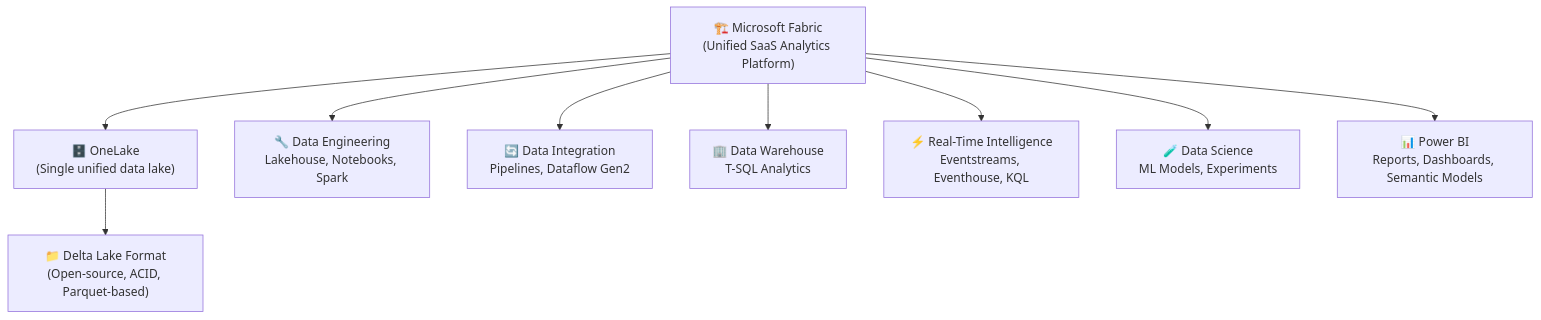
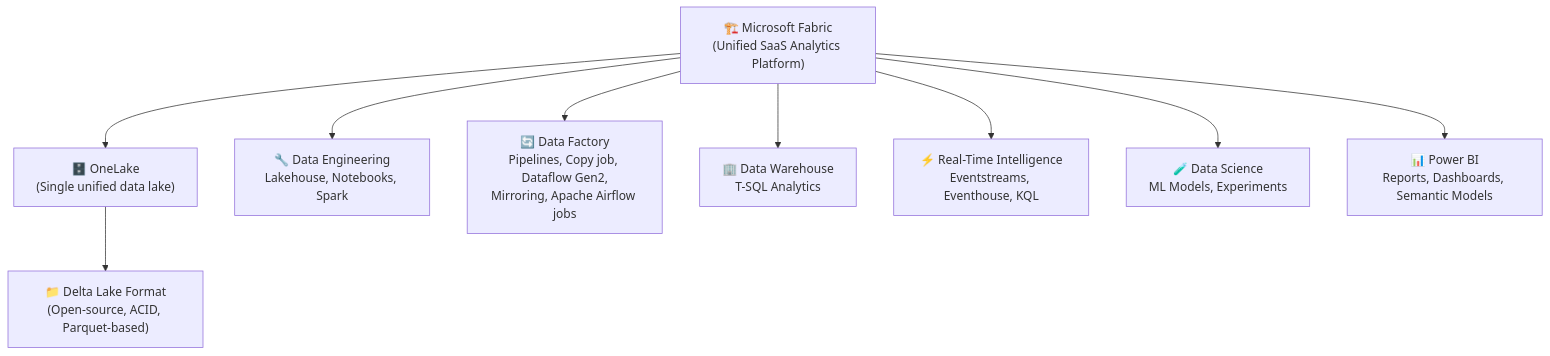
Before and after one commit to marcogrimaldi29/dp-700-study-notes: the first of 6 diagrams in 00-fabric-prerequisites.md, drawn with Mermaid. The commit also changed other lines of this file and 7 other files, not shown here.

````diff
--- a/00-fabric-prerequisites.md
+++ b/00-fabric-prerequisites.md
@@ -23,11 +23,11 @@
 ```mermaid
 graph TD
     FABRIC["🏗️ Microsoft Fabric\n(Unified SaaS Analytics Platform)"] --> ONELAKE["🗄️ OneLake\n(Single unified data lake)"]
     FABRIC --> DE["🔧 Data Engineering\nLakehouse, Notebooks, Spark"]
-    FABRIC --> DI["🔄 Data Integration\nPipelines, Dataflow Gen2"]
+    FABRIC --> DI["🔄 Data Factory\nPipelines, Copy job, Dataflow Gen2,\nMirroring, Apache Airflow jobs"]
     FABRIC --> DW["🏢 Data Warehouse\nT-SQL Analytics"]
     FABRIC --> RTI["⚡ Real-Time Intelligence\nEventstreams, Eventhouse, KQL"]
     FABRIC --> DS["🧪 Data Science\nML Models, Experiments"]
     FABRIC --> PBI["📊 Power BI\nReports, Dashboards, Semantic Models"]
     ONELAKE --> DELTA["📁 Delta Lake Format\n(Open-source, ACID, Parquet-based)"]
 ```
````
